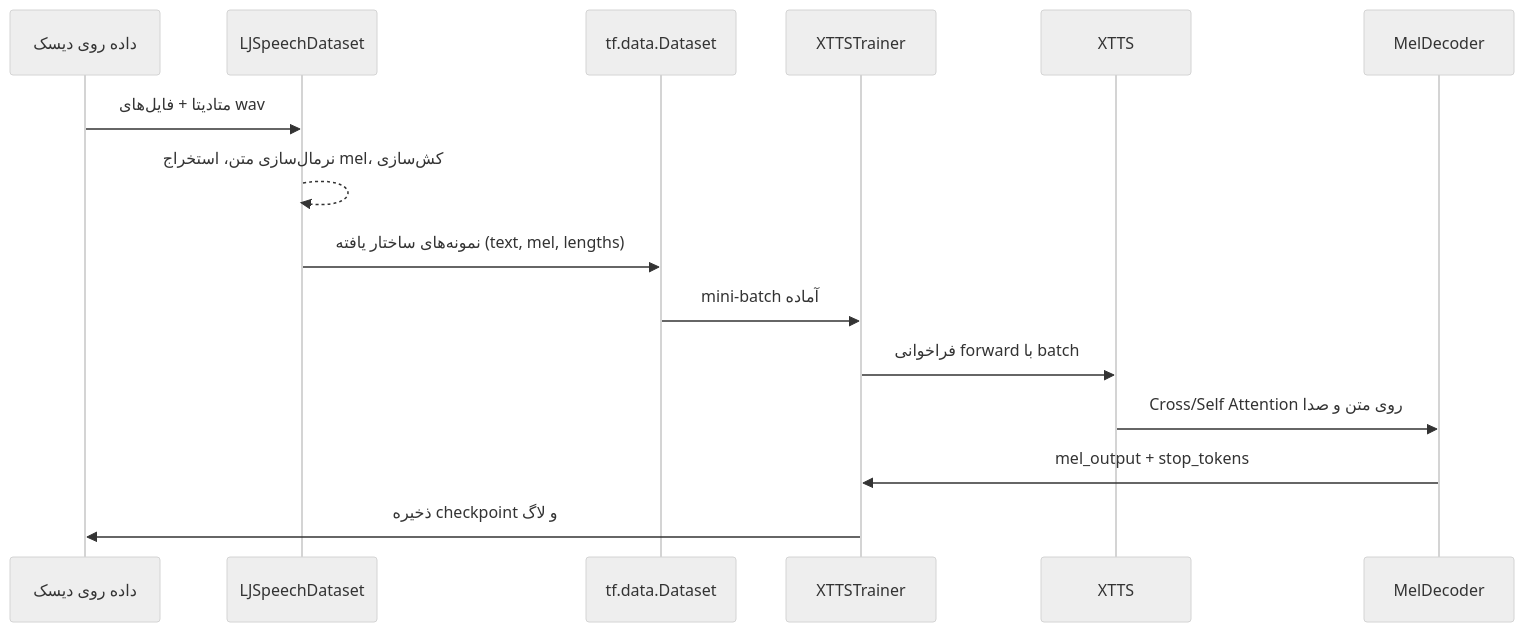
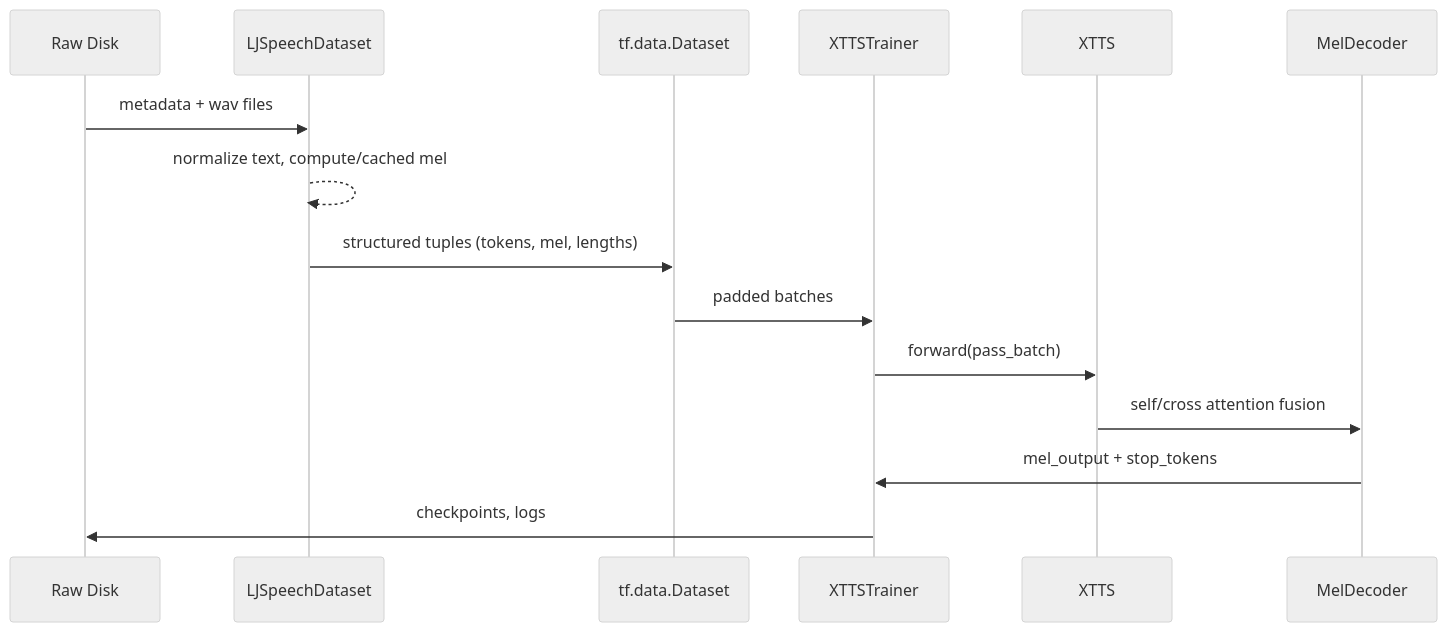
One commit to masoodafar-web/MyXTTSModel changed the diagram in docs/educational/MyXTTSModel_Data_Journey.md. Above: the diagram before and after it, drawn with Mermaid (neutral theme). The commit also changed other lines of this file and 3 other files, not shown here.

````diff
--- a/docs/educational/MyXTTSModel_Data_Journey.md
+++ b/docs/educational/MyXTTSModel_Data_Journey.md
@@ -8,18 +8,18 @@
 ```mermaid
 sequenceDiagram
-    participant Disk as داده روی دیسک
+    participant Disk as Raw Disk
     participant Loader as LJSpeechDataset
     participant TFDS as tf.data.Dataset
     participant Trainer as XTTSTrainer
     participant Model as XTTS
     participant Decoder as MelDecoder
 
-    Disk->>Loader: متادیتا + فایل‌های wav
-    Loader-->>Loader: نرمال‌سازی متن، استخراج mel، کش‌سازی
-    Loader->>TFDS: نمونه‌های ساختار یافته (text, mel, lengths)
-    TFDS->>Trainer: mini-batch آماده
-    Trainer->>Model: فراخوانی forward با batch
-    Model->>Decoder: Cross/Self Attention روی متن و صدا
+    Disk->>Loader: metadata + wav files
+    Loader-->>Loader: normalize text, compute/cached mel
+    Loader->>TFDS: structured tuples (tokens, mel, lengths)
+    TFDS->>Trainer: padded batches
+    Trainer->>Model: forward(pass_batch)
+    Model->>Decoder: self/cross attention fusion
     Decoder->>Trainer: mel_output + stop_tokens
-    Trainer->>Disk: ذخیره checkpoint و لاگ
+    Trainer->>Disk: checkpoints, logs
 ```
````
